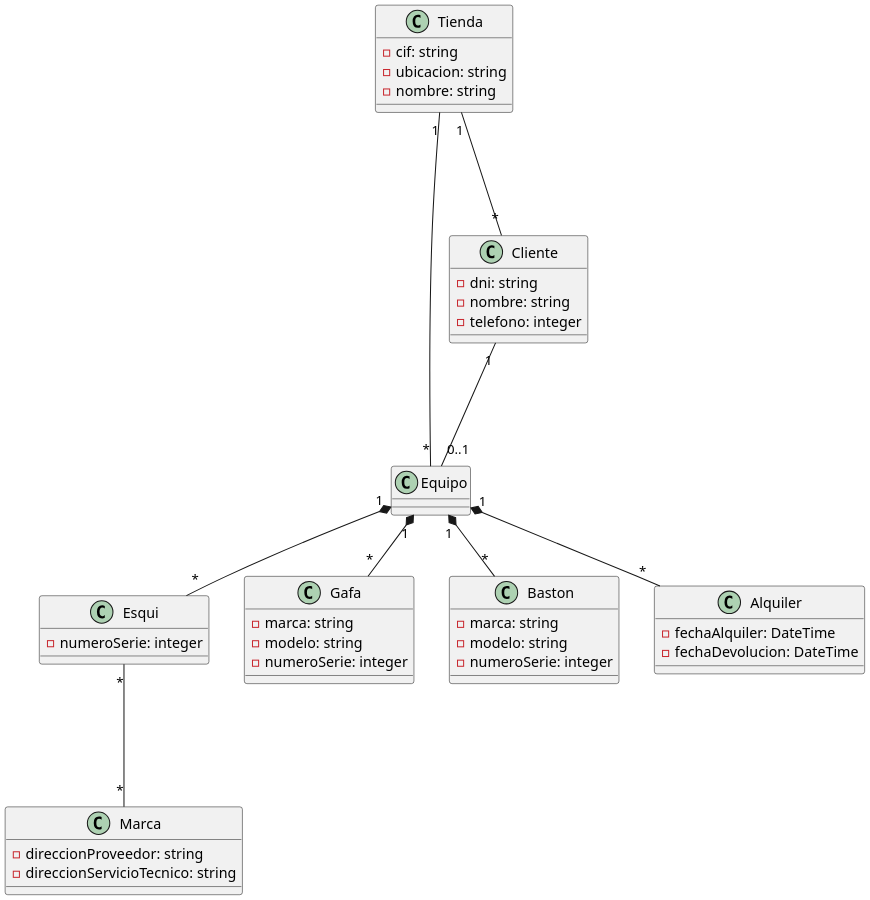
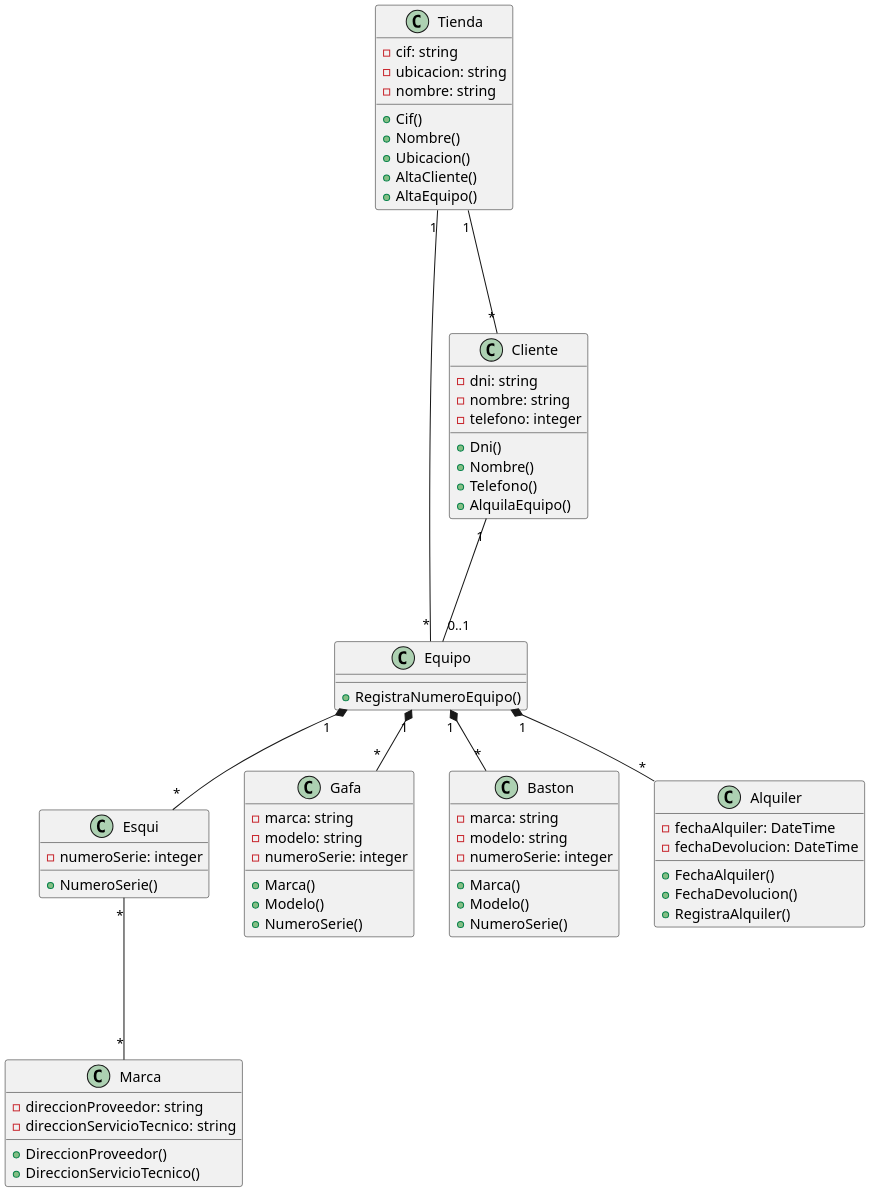
Before and after one commit to PacoGarcia79/Francisco-Garc-a-actividades1-UT4: the diagram in Ejercicio 3/ejercicio3.puml, drawn with PlantUML. The commit also changed 9 other files, not shown here.

```diff
--- a/Ejercicio 3/ejercicio3.puml
+++ b/Ejercicio 3/ejercicio3.puml
@@ -1,54 +1,75 @@
 @startuml
 scale 2
 class Tienda {
     -cif: string
     -ubicacion: string
-    -nombre: string    
+    -nombre: string 
+    + Cif()
+    + Nombre()
+    + Ubicacion()  
+    + AltaCliente()
+    + AltaEquipo()
 }
 
 class Equipo {
-    
+    + RegistraNumeroEquipo()
 }
 
 class Esqui {    
     -numeroSerie: integer 
+    + NumeroSerie()
 }
 
 class Marca {    
     -direccionProveedor: string
     -direccionServicioTecnico: string
+    + DireccionProveedor()
+    + DireccionServicioTecnico()
 }
 
 class Gafa {
     -marca: string
     -modelo: string
     -numeroSerie: integer 
+    + Marca()
+    + Modelo()
+    + NumeroSerie()
 }
 
 class Baston {
     -marca: string
     -modelo: string
     -numeroSerie: integer 
+    + Marca()
+    + Modelo()
+    + NumeroSerie()
 }
 
 class Cliente {
     -dni: string    
     -nombre: string  
     -telefono: integer
+    + Dni()
+    + Nombre()
+    + Telefono()  
+    + AlquilaEquipo()
 }
 
 class Alquiler {
     -fechaAlquiler: DateTime
     -fechaDevolucion: DateTime
+    + FechaAlquiler()
+    + FechaDevolucion()
+    + RegistraAlquiler()
+}
 
-}
 
 Tienda "1" --- "*" Cliente
 Tienda "1" --- "*" Equipo
 Equipo "1" *-- "*" Esqui
 Equipo "1" *-- "*" Gafa
 Equipo "1" *-- "*" Baston
 Equipo "1" *-- "*" Alquiler
 Cliente "1" --- "0..1" Equipo
 Esqui "*" --- "*" Marca
 @enduml
```
